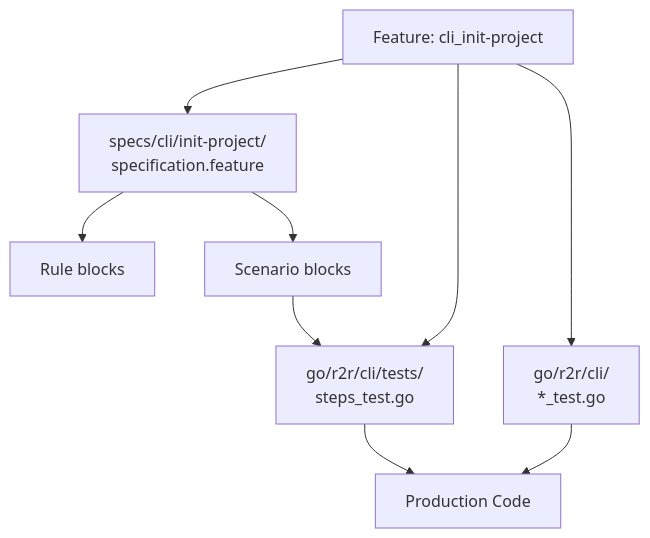
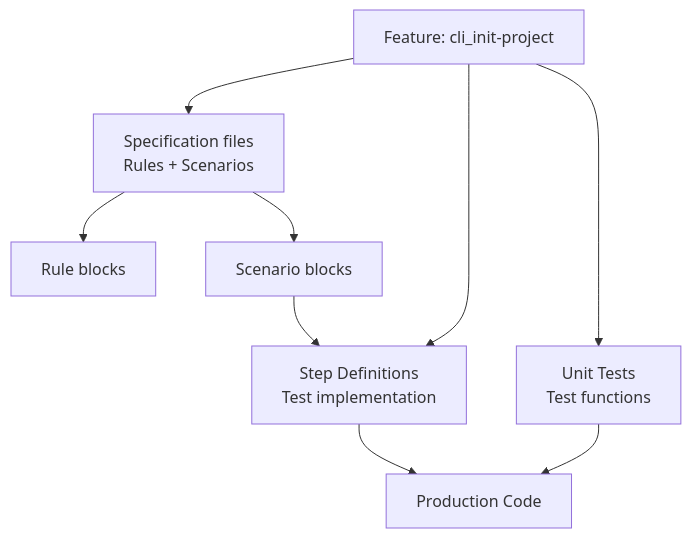
The third of 5 diagrams in docs/explanation/specifications/three-layer-approach.md (ready-to-release/eac), drawn with Mermaid before and after one commit. The commit also changed other lines of this file and 6 other files, not shown here.

````diff
--- a/docs/explanation/specifications/three-layer-approach.md
+++ b/docs/explanation/specifications/three-layer-approach.md
@@ -186,14 +188,14 @@
 ```mermaid
 flowchart TD
-    Feature[Feature: cli_init-project] --> Spec[specs/cli/init-project/<br/>specification.feature]
-    Feature --> Steps[go/r2r/cli/tests/<br/>steps_test.go]
-    Feature --> Unit[go/r2r/cli/<br/>*_test.go]
+    Feature[Feature: cli_init-project] --> Spec[Specification files<br/>Rules + Scenarios]
+    Feature --> Steps[Step Definitions<br/>Test implementation]
+    Feature --> Unit[Unit Tests<br/>Test functions]
 
     Spec --> Rules[Rule blocks]
     Spec --> Scenarios[Scenario blocks]
 
     Scenarios --> Steps
     Steps --> Code[Production Code]
     Unit --> Code
 
 ```
````
